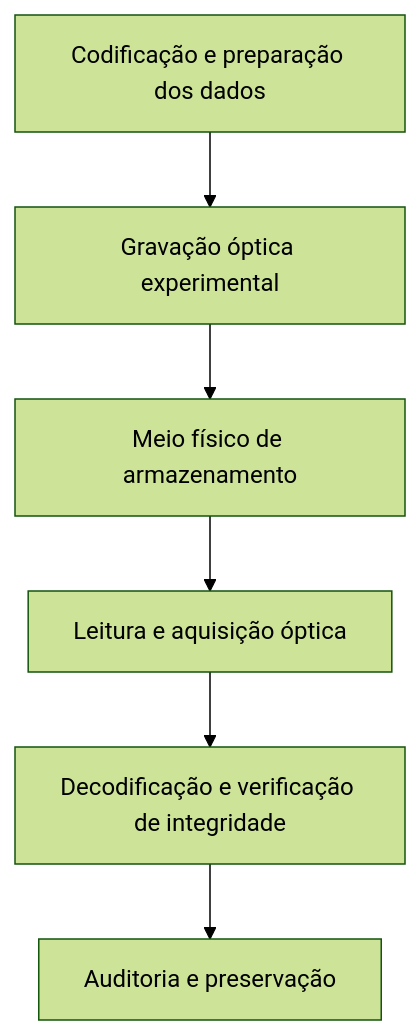
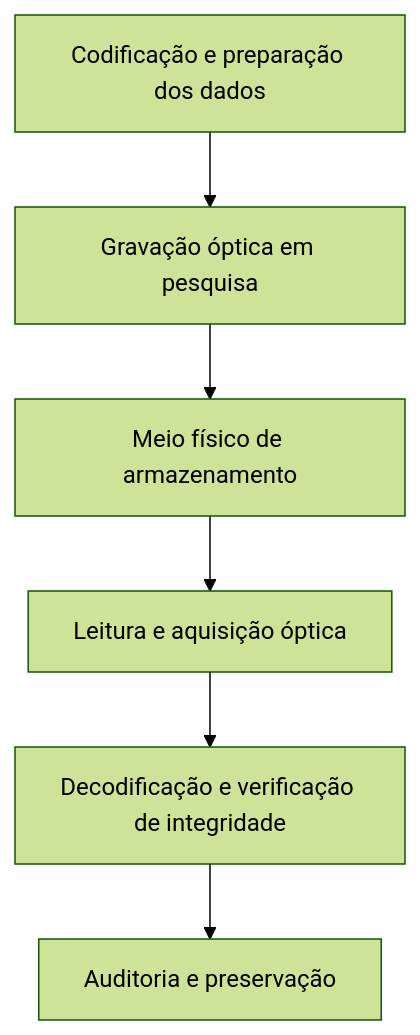
The diagram in README.md (felipetjmg1-bit/quartz-5d-sovereignty), drawn with Mermaid (forest theme) before and after one commit. The commit also changed other lines of this file, not shown here.

````diff
--- a/README.md
+++ b/README.md
@@ -28,8 +28,8 @@
 ```mermaid
 flowchart TD
-  A[Codificação e preparação dos dados] --> B[Gravação óptica experimental]
+  A[Codificação e preparação dos dados] --> B[Gravação óptica em pesquisa]
   B --> C[Meio físico de armazenamento]
   C --> D[Leitura e aquisição óptica]
   D --> E[Decodificação e verificação de integridade]
   E --> F[Auditoria e preservação]
 ```
````
